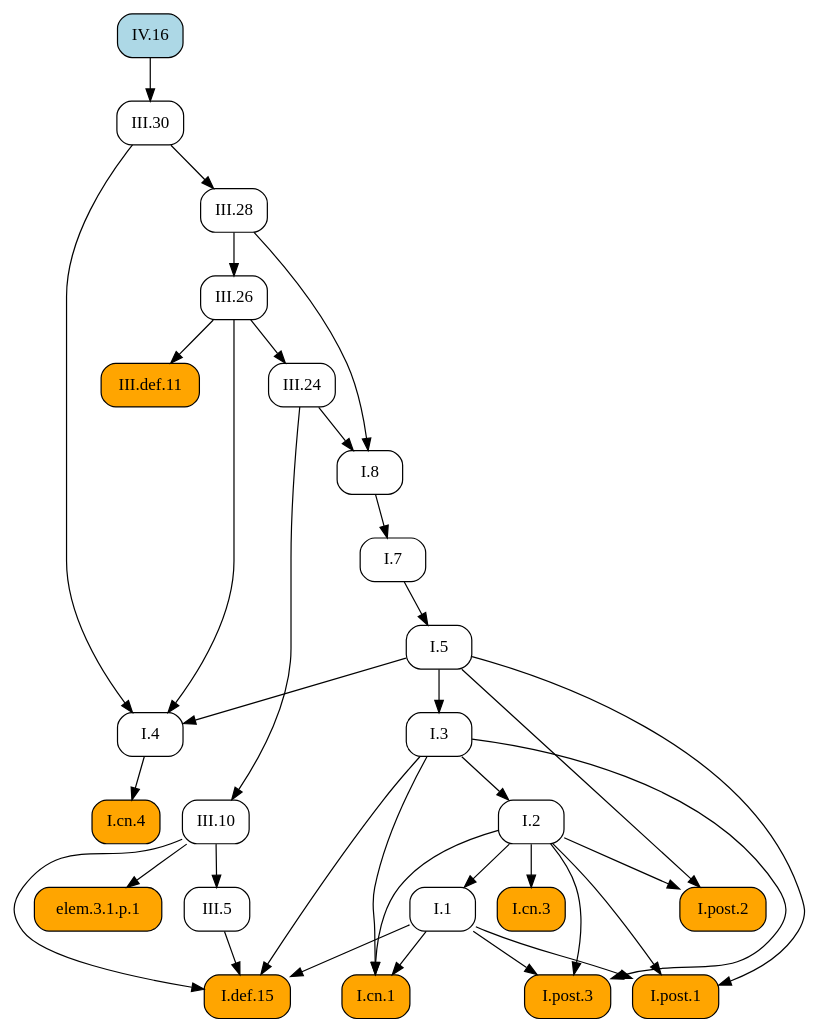
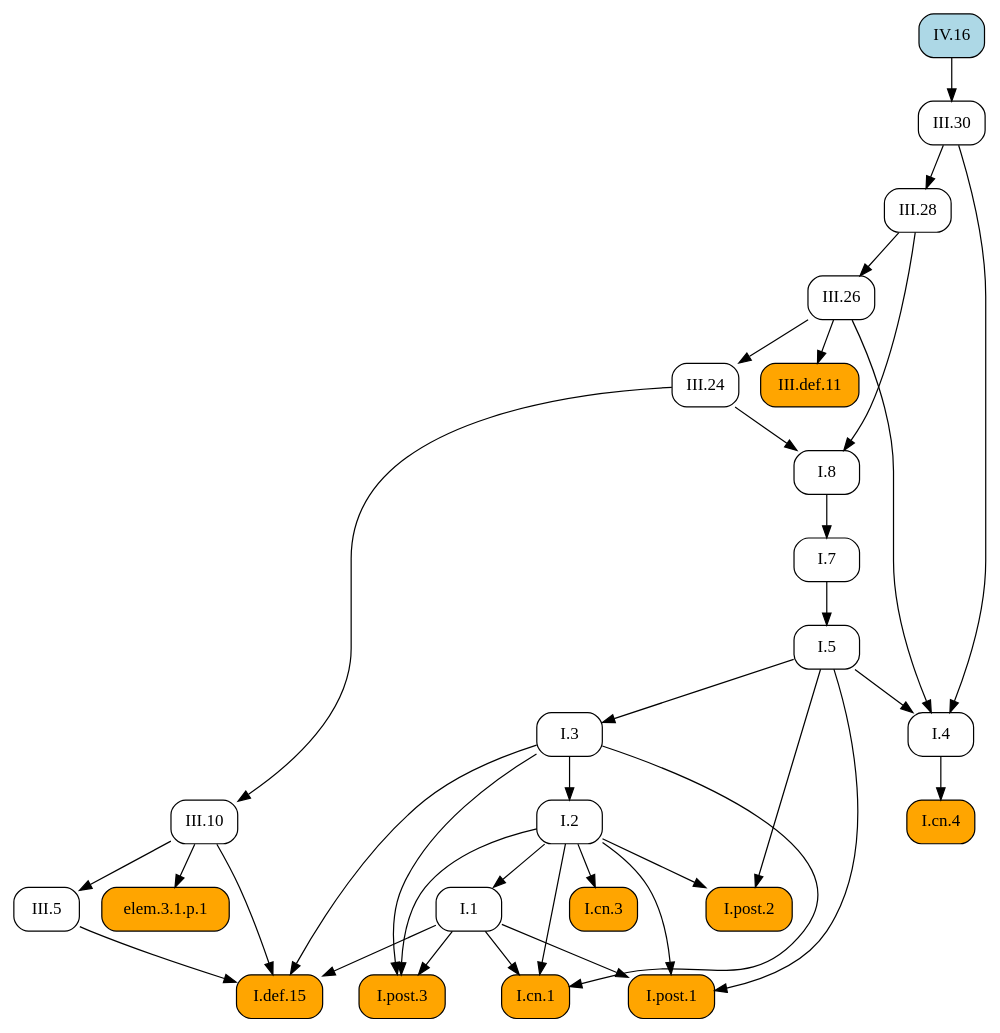
One commit to geometor/elements changed the diagram in docsrc/heath/IV/16/index.rst. Above: the diagram before and after it, drawn with Graphviz. The commit also changed other lines of this file and 1029 other files, not shown here.

```diff
--- a/docsrc/heath/IV/16/index.rst
+++ b/docsrc/heath/IV/16/index.rst
@@ -43,64 +43,64 @@
 .. graphviz::
 
    digraph {
      rankdir="TB";
      node [shape=box, style=rounded];
-     "I.cn.3" [style="rounded,filled", fillcolor=orange, URL="/heath/I/cn.3/", target="_top"];
-     "I.5" [URL="/heath/I/5/", target="_top"];
-     "III.def.11" [style="rounded,filled", fillcolor=orange, URL="/heath/III/def.11/", target="_top"];
+     "I.1" [URL="/heath/I/1/", target="_top"];
      "I.7" [URL="/heath/I/7/", target="_top"];
-     "I.4" [URL="/heath/I/4/", target="_top"];
      "I.3" [URL="/heath/I/3/", target="_top"];
      "III.26" [URL="/heath/III/26/", target="_top"];
+     "I.2" [URL="/heath/I/2/", target="_top"];
+     "I.4" [URL="/heath/I/4/", target="_top"];
+     "elem.3.1.p.1" [style="rounded,filled", fillcolor=orange];
+     "I.post.2" [style="rounded,filled", fillcolor=orange, URL="/heath/I/post.2/", target="_top"];
+     "III.def.11" [style="rounded,filled", fillcolor=orange, URL="/heath/III/def.11/", target="_top"];
+     "I.def.15" [style="rounded,filled", fillcolor=orange, URL="/heath/I/def.15/", target="_top"];
+     "III.10" [URL="/heath/III/10/", target="_top"];
+     "IV.16" [style="rounded,filled", fillcolor=lightblue, URL="/heath/IV/16/", target="_top"];
+     "I.post.3" [style="rounded,filled", fillcolor=orange, URL="/heath/I/post.3/", target="_top"];
+     "I.cn.1" [style="rounded,filled", fillcolor=orange, URL="/heath/I/cn.1/", target="_top"];
+     "I.cn.3" [style="rounded,filled", fillcolor=orange, URL="/heath/I/cn.3/", target="_top"];
+     "I.8" [URL="/heath/I/8/", target="_top"];
+     "I.cn.4" [style="rounded,filled", fillcolor=orange, URL="/heath/I/cn.4/", target="_top"];
      "III.30" [URL="/heath/III/30/", target="_top"];
-     "I.8" [URL="/heath/I/8/", target="_top"];
-     "III.10" [URL="/heath/III/10/", target="_top"];
-     "I.post.2" [style="rounded,filled", fillcolor=orange, URL="/heath/I/post.2/", target="_top"];
-     "I.2" [URL="/heath/I/2/", target="_top"];
-     "I.def.15" [style="rounded,filled", fillcolor=orange, URL="/heath/I/def.15/", target="_top"];
-     "I.1" [URL="/heath/I/1/", target="_top"];
+     "III.28" [URL="/heath/III/28/", target="_top"];
+     "I.post.1" [style="rounded,filled", fillcolor=orange, URL="/heath/I/post.1/", target="_top"];
      "III.24" [URL="/heath/III/24/", target="_top"];
-     "I.post.3" [style="rounded,filled", fillcolor=orange, URL="/heath/I/post.3/", target="_top"];
-     "I.post.1" [style="rounded,filled", fillcolor=orange, URL="/heath/I/post.1/", target="_top"];
-     "III.28" [URL="/heath/III/28/", target="_top"];
-     "I.cn.4" [style="rounded,filled", fillcolor=orange, URL="/heath/I/cn.4/", target="_top"];
-     "elem.3.1.p.1" [style="rounded,filled", fillcolor=orange];
-     "I.cn.1" [style="rounded,filled", fillcolor=orange, URL="/heath/I/cn.1/", target="_top"];
-     "IV.16" [style="rounded,filled", fillcolor=lightblue, URL="/heath/IV/16/", target="_top"];
+     "I.5" [URL="/heath/I/5/", target="_top"];
      "III.5" [URL="/heath/III/5/", target="_top"];
-     "I.2" -> "I.cn.3";
-     "I.7" -> "I.5";
-     "III.26" -> "III.def.11";
+     "I.2" -> "I.1";
      "I.8" -> "I.7";
+     "I.5" -> "I.3";
+     "III.28" -> "III.26";
+     "I.3" -> "I.2";
      "I.5" -> "I.4";
      "III.26" -> "I.4";
      "III.30" -> "I.4";
-     "I.5" -> "I.3";
-     "III.28" -> "III.26";
-     "IV.16" -> "III.30";
-     "III.24" -> "I.8";
-     "III.28" -> "I.8";
-     "III.24" -> "III.10";
+     "III.10" -> "elem.3.1.p.1";
      "I.2" -> "I.post.2";
      "I.5" -> "I.post.2";
-     "I.3" -> "I.2";
+     "III.26" -> "III.def.11";
      "I.1" -> "I.def.15";
      "I.3" -> "I.def.15";
      "III.5" -> "I.def.15";
      "III.10" -> "I.def.15";
-     "I.2" -> "I.1";
-     "III.26" -> "III.24";
+     "III.24" -> "III.10";
      "I.1" -> "I.post.3";
      "I.2" -> "I.post.3";
      "I.3" -> "I.post.3";
+     "I.1" -> "I.cn.1";
+     "I.2" -> "I.cn.1";
+     "I.3" -> "I.cn.1";
+     "I.2" -> "I.cn.3";
+     "III.24" -> "I.8";
+     "III.28" -> "I.8";
+     "I.4" -> "I.cn.4";
+     "IV.16" -> "III.30";
+     "III.30" -> "III.28";
      "I.1" -> "I.post.1";
      "I.2" -> "I.post.1";
      "I.5" -> "I.post.1";
-     "III.30" -> "III.28";
-     "I.4" -> "I.cn.4";
-     "III.10" -> "elem.3.1.p.1";
-     "I.1" -> "I.cn.1";
-     "I.2" -> "I.cn.1";
-     "I.3" -> "I.cn.1";
+     "III.26" -> "III.24";
+     "I.7" -> "I.5";
      "III.10" -> "III.5";
    }
```
